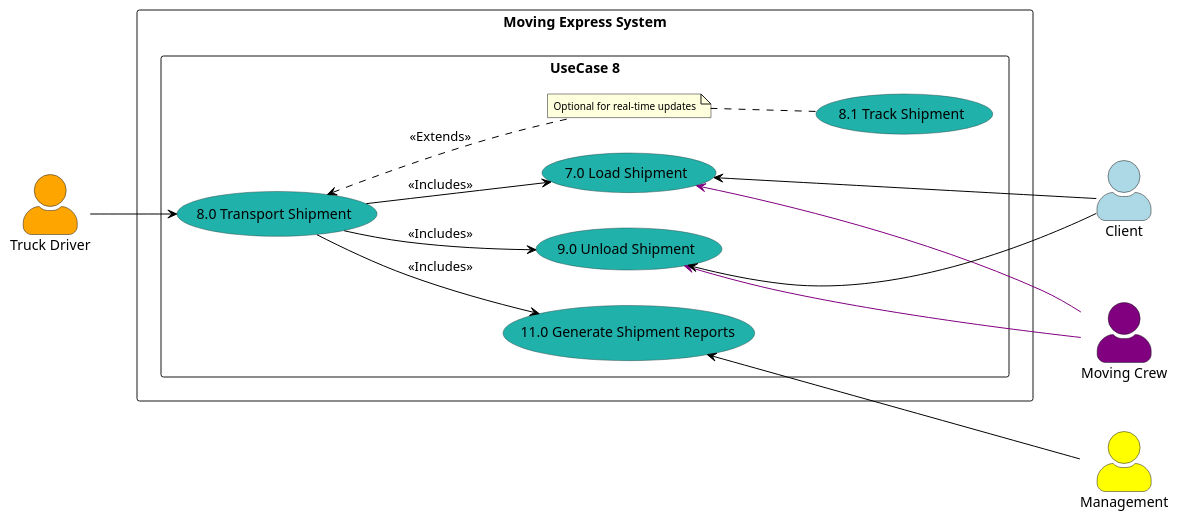
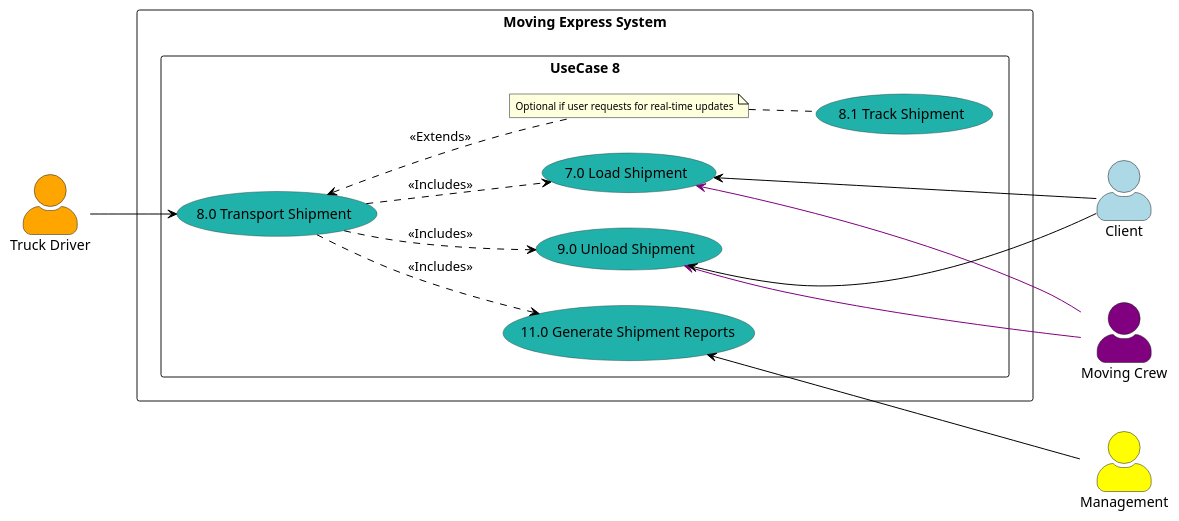
One commit to nic5694/MovingExpress changed the diagram in Diagrams/UseCaseDiagrams/LoweLevel/UC8.puml. Above: the diagram before and after it, drawn with PlantUML. The commit also changed 4 other files, not shown here.

```diff
--- a/Diagrams/UseCaseDiagrams/LoweLevel/UC8.puml
+++ b/Diagrams/UseCaseDiagrams/LoweLevel/UC8.puml
@@ -1,50 +1,50 @@
 @startuml
 
 left to right direction
 skinparam actorStyle awesome
 
 skinparam note {
  FontSize 10
 }
 skinparam usecase {
    BackgroundColor DarkSeaGreen
    BorderColor DarkSlateGray
    ArrowColor Black
    ActorBorderColor black
    ActorBackgroundColor<< Human >> Gold
 }
 
 actor "Truck Driver" as VanDriver #Orange
 actor Management as "Management" #Yellow
 actor "Moving Crew" as MovingCrew #Purple
 actor Client as "Client" #LightBlue
 
 
 rectangle "Moving Express System" {
    rectangle "UseCase 8" {
      usecase "7.0 Load Shipment" as UC7 #LightSeaGreen
      usecase "8.0 Transport Shipment" as UC8 #LightSeaGreen
      usecase "9.0 Unload Shipment" as UC9 #LightSeaGreen
      usecase "11.0 Generate Shipment Reports" as UC11 #LightSeaGreen
      usecase "8.1 Track Shipment" as UC8_1 #LightSeaGreen
 
-     note "Optional for real-time updates" as N1
+     note "Optional if user requests for real-time updates" as N1
    }
 }
 
 VanDriver --> UC8
 
 UC11 <--- Management
 UC9 <--[#Purple]- MovingCrew
 UC7 <--[#Purple]- MovingCrew
 UC9 <--- Client
 UC7 <--- Client
 
-UC8 --> UC7 : <<Includes>>
-UC8 --> UC9 : <<Includes>>
-UC8 --> UC11 : <<Includes>>
+UC8 ..> UC7 : <<Includes>>
+UC8 ..> UC9 : <<Includes>>
+UC8 ..> UC11 : <<Includes>>
 
 UC8 <.. N1 : <<Extends>>
 N1 .. (UC8_1)
 
 @enduml
```
